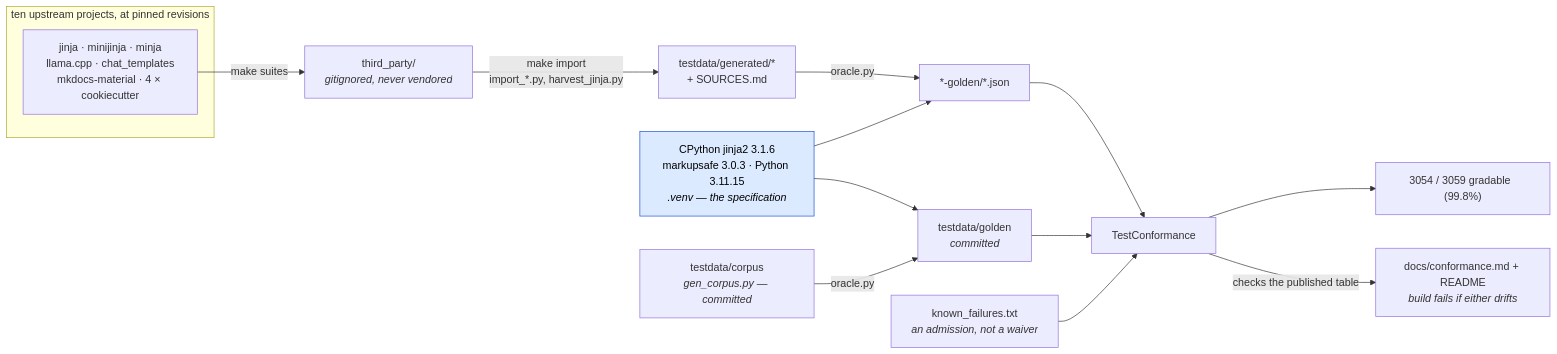
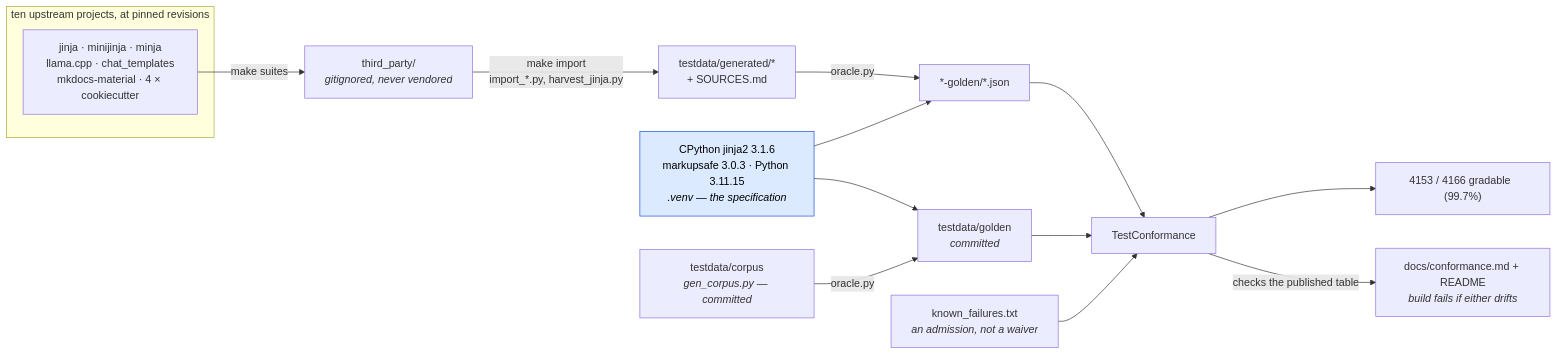
The first of 2 diagrams in docs/conformance.md (mgilbir/gojja2), drawn with Mermaid before and after one commit. The commit also changed other lines of this file and 524 other files, not shown here.

````diff
--- a/docs/conformance.md
+++ b/docs/conformance.md
@@ -17,24 +17,24 @@
 ```mermaid
 flowchart LR
     subgraph up["ten upstream projects, at pinned revisions"]
         U1["jinja · minijinja · minja<br/>llama.cpp · chat_templates<br/>mkdocs-material · 4 × cookiecutter"]
     end
     U1 -->|"make suites"| TP["third_party/<br/><i>gitignored, never vendored</i>"]
     TP -->|"make import<br/>import_*.py, harvest_jinja.py"| GEN["testdata/generated/*<br/>+ SOURCES.md"]
 
     ORA["CPython jinja2 3.1.6<br/>markupsafe 3.0.3 · Python 3.11.15<br/><i>.venv — the specification</i>"]
     GEN -->|"oracle.py"| G2["*-golden/*.json"]
     ORA --> G2
 
     OWN["testdata/corpus<br/><i>gen_corpus.py — committed</i>"] -->|"oracle.py"| G1["testdata/golden<br/><i>committed</i>"]
     ORA --> G1
 
     G1 --> TC["TestConformance"]
     G2 --> TC
     KF["known_failures.txt<br/><i>an admission, not a waiver</i>"] --> TC
-    TC --> RATE["3054 / 3059 gradable  (99.8%)"]
+    TC --> RATE["4153 / 4166 gradable  (99.7%)"]
     TC -->|"checks the published table"| RM["docs/conformance.md + README<br/><i>build fails if either drifts</i>"]
 
     classDef spec fill:#dbeafe,stroke:#1d4ed8,color:#000
     class ORA spec
 ```
````
